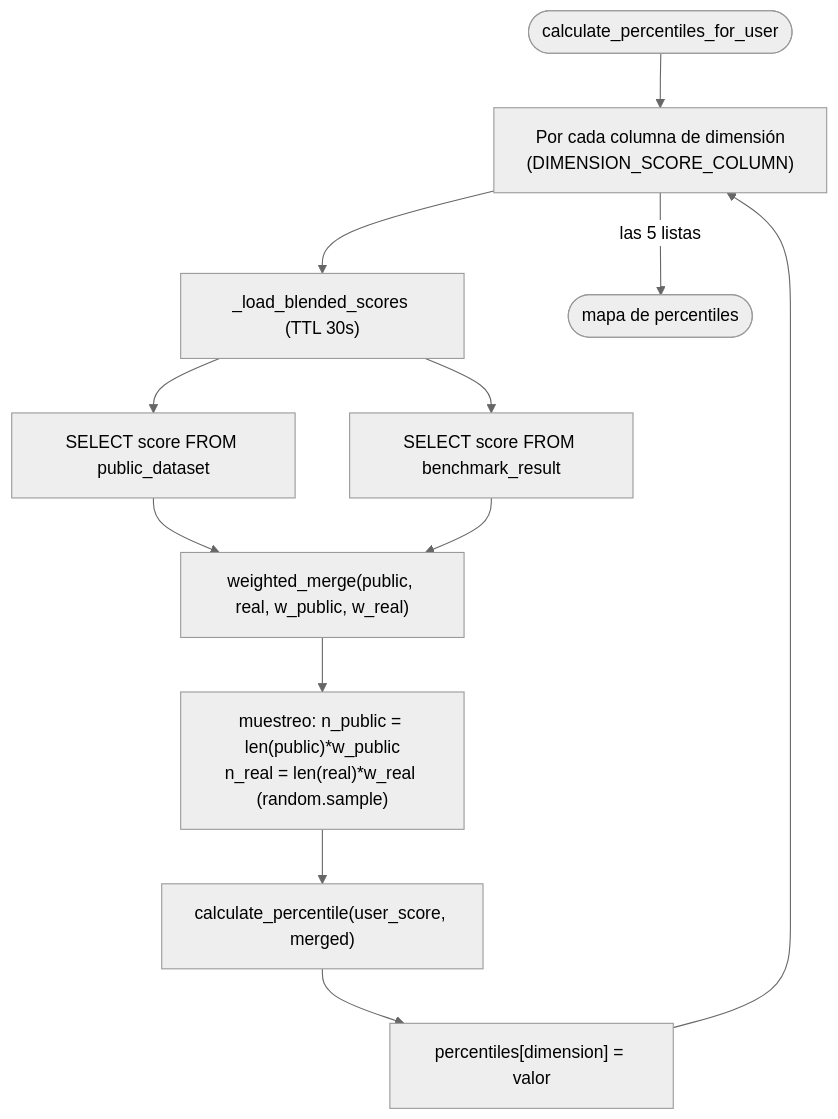
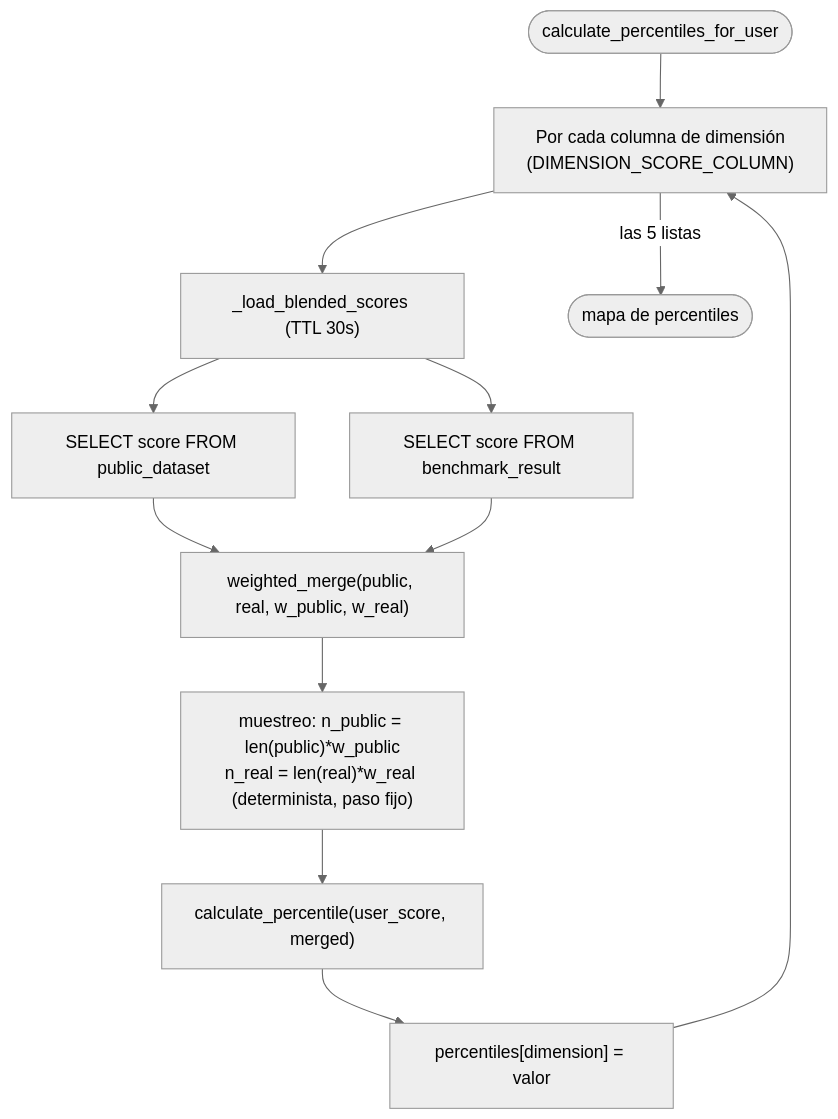
One commit to No-Country-simulation/Benchmark-de-Madurez-AI-AgentsS07-26-Team-19 changed the second of 4 diagrams in docs/business-logic.md. Above: the diagram before and after it, drawn with Mermaid (neutral theme). The commit also changed other lines of this file and 5 other files, not shown here.

````diff
--- a/docs/business-logic.md
+++ b/docs/business-logic.md
@@ -94,14 +94,14 @@
 ```mermaid
 flowchart TD
     A(["calculate_percentiles_for_user"]) --> B["Por cada columna de dimensión<br/>(DIMENSION_SCORE_COLUMN)"]
     B --> C["_load_blended_scores (TTL 30s)"]
     C --> C1["SELECT score FROM public_dataset"]
     C --> C2["SELECT score FROM benchmark_result"]
     C1 --> M["weighted_merge(public, real, w_public, w_real)"]
     C2 --> M
-    M --> S["muestreo: n_public = len(public)*w_public<br/>n_real = len(real)*w_real (random.sample)"]
+    M --> S["muestreo: n_public = len(public)*w_public<br/>n_real = len(real)*w_real (determinista, paso fijo)"]
     S --> P["calculate_percentile(user_score, merged)"]
     P --> R["percentiles[dimension] = valor"]
     R --> B
     B -->|las 5 listas| E(["mapa de percentiles"])
 ```
````
